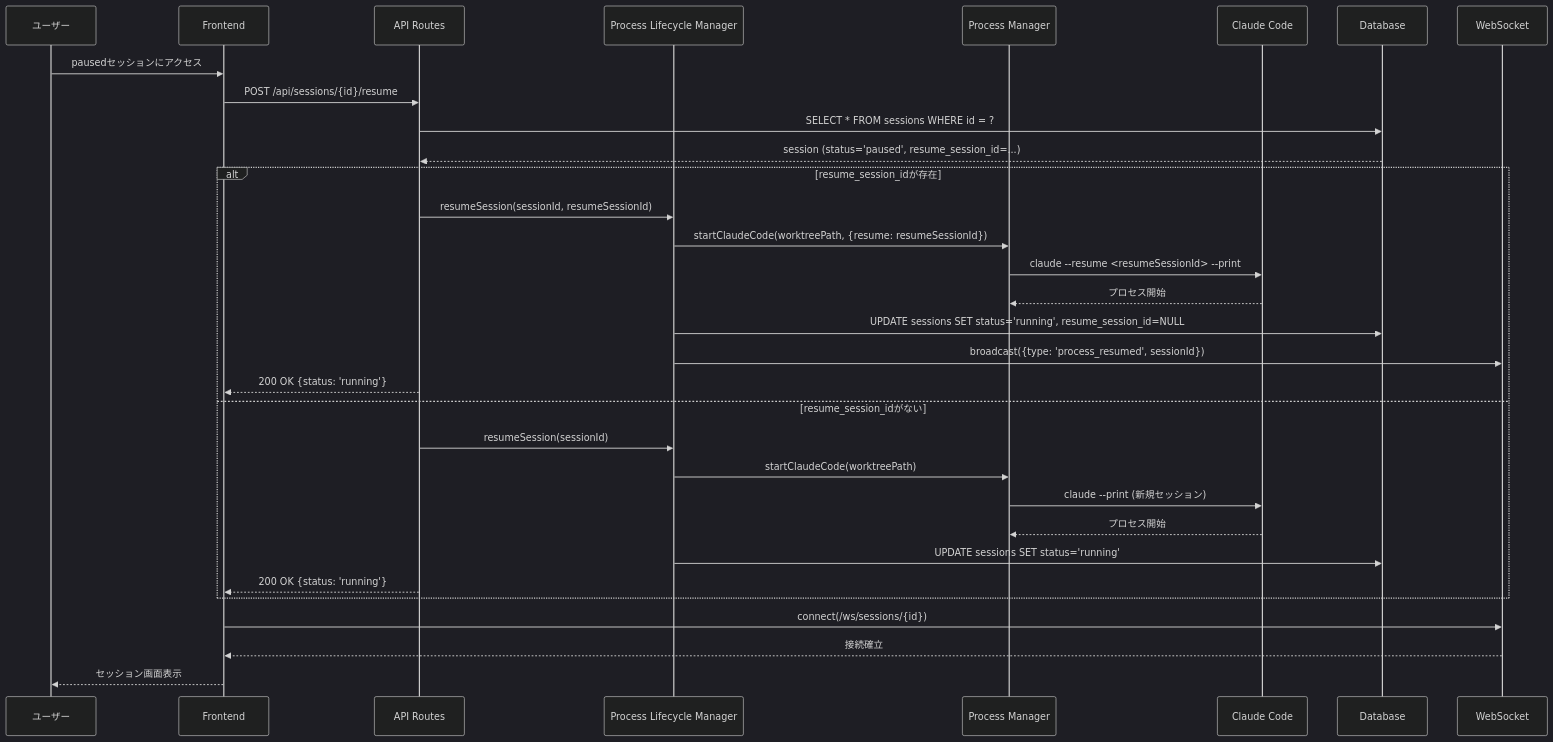
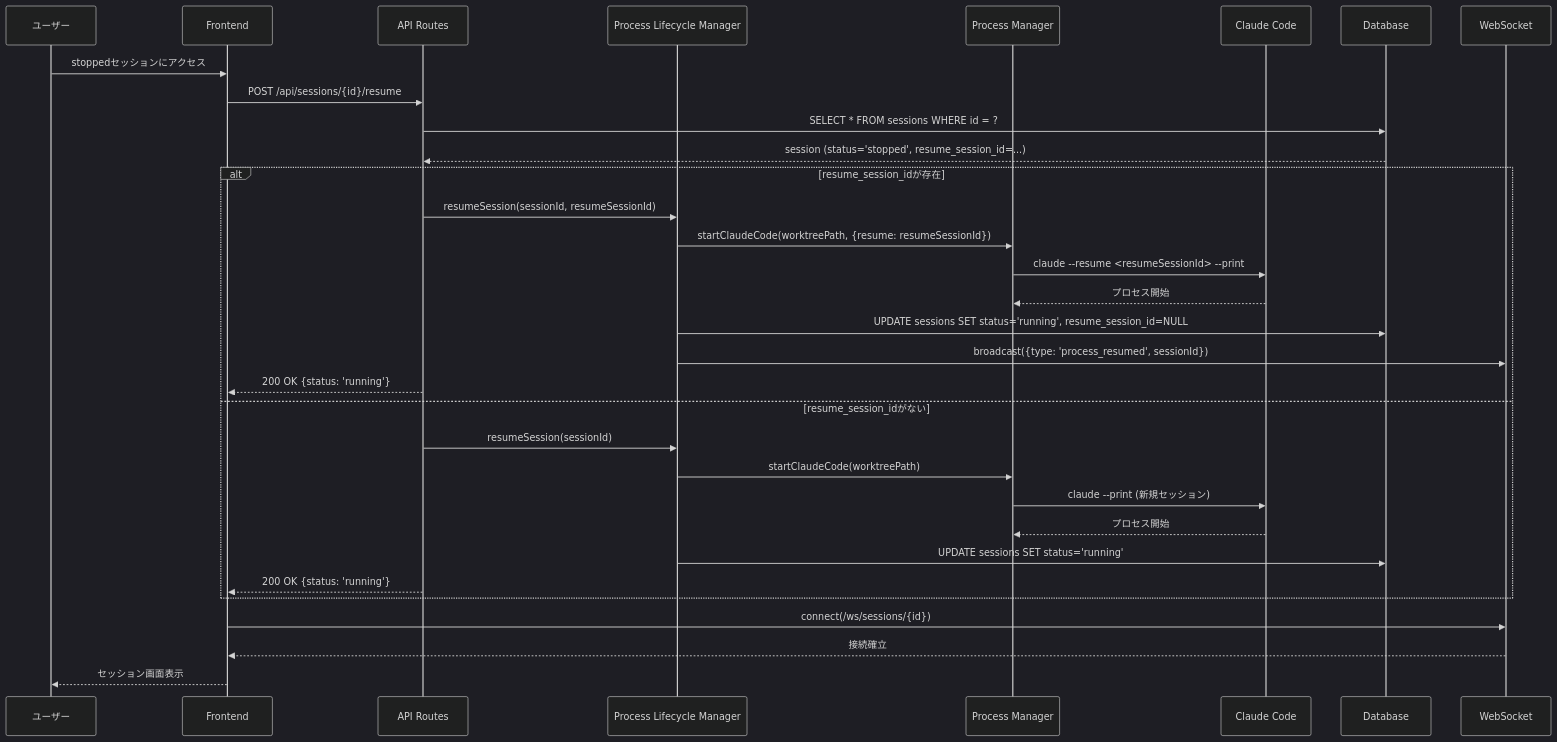
Before and after one commit to windschord/claude-work: diagram 11 of 12 in docs/design.md, drawn with Mermaid (dark theme). The commit also changed other lines of this file and 4 other files, not shown here.

First line of the commit message:
fix: SessionStatus 'paused' を 'stopped' に統一

````diff
--- a/docs/design.md
+++ b/docs/design.md
@@ -622,37 +623,37 @@
 ```mermaid
 sequenceDiagram
     participant U as ユーザー
     participant F as Frontend
     participant API as API Routes
     participant PLM as Process Lifecycle Manager
     participant PM as Process Manager
     participant CC as Claude Code
     participant DB as Database
     participant WS as WebSocket
 
-    U->>F: pausedセッションにアクセス
+    U->>F: stoppedセッションにアクセス
     F->>API: POST /api/sessions/{id}/resume
     API->>DB: SELECT * FROM sessions WHERE id = ?
-    DB-->>API: session (status='paused', resume_session_id=...)
+    DB-->>API: session (status='stopped', resume_session_id=...)
 
     alt resume_session_idが存在
         API->>PLM: resumeSession(sessionId, resumeSessionId)
         PLM->>PM: startClaudeCode(worktreePath, {resume: resumeSessionId})
         PM->>CC: claude --resume <resumeSessionId> --print
         CC-->>PM: プロセス開始
         PLM->>DB: UPDATE sessions SET status='running', resume_session_id=NULL
         PLM->>WS: broadcast({type: 'process_resumed', sessionId})
         API-->>F: 200 OK {status: 'running'}
     else resume_session_idがない
         API->>PLM: resumeSession(sessionId)
         PLM->>PM: startClaudeCode(worktreePath)
         PM->>CC: claude --print (新規セッション)
         CC-->>PM: プロセス開始
         PLM->>DB: UPDATE sessions SET status='running'
         API-->>F: 200 OK {status: 'running'}
     end
 
     F->>WS: connect(/ws/sessions/{id})
     WS-->>F: 接続確立
     F-->>U: セッション画面表示
 ```
````
